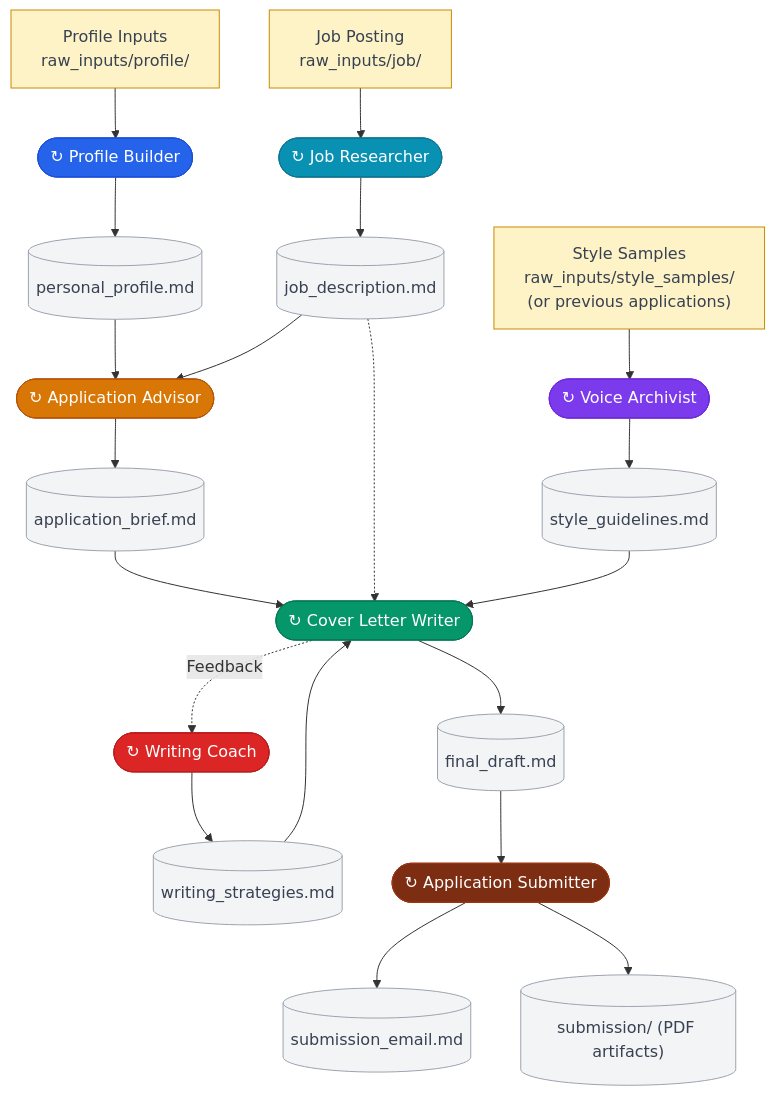
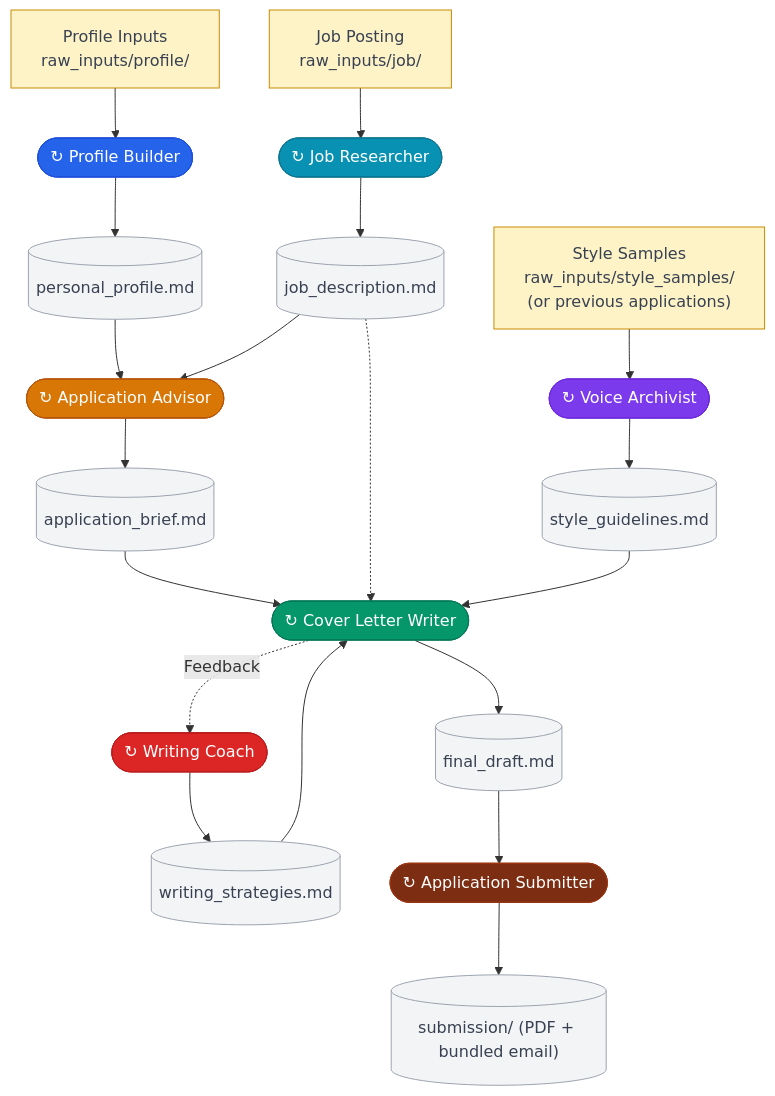
Before and after one commit to Fandy-ust/cover-letter-assistant: the first of 2 diagrams in README.md, drawn with Mermaid. The commit also changed other lines of this file and 8 other files, not shown here.

````diff
--- a/README.md
+++ b/README.md
@@ -66,45 +66,44 @@
 ```mermaid
 flowchart TD
     classDef pb  fill:#2563EB,stroke:#1D4ED8,color:#fff
     classDef se  fill:#7C3AED,stroke:#6D28D9,color:#fff
     classDef jr  fill:#0891B2,stroke:#0E7490,color:#fff
     classDef aa  fill:#D97706,stroke:#B45309,color:#fff
     classDef cw  fill:#059669,stroke:#047857,color:#fff
     classDef su  fill:#DC2626,stroke:#B91C1C,color:#fff
     classDef as  fill:#7C2D12,stroke:#9A3412,color:#fff
     classDef file  fill:#F3F4F6,stroke:#9CA3AF,color:#374151
     classDef input fill:#FEF3C7,stroke:#CA8A04,color:#374151
 
     %% One-time setup
     Personal["Profile Inputs<br>raw_inputs/profile/"]:::input --> PB
     PB(["↻  Profile Builder"]):::pb --> Profile[("personal_profile.md")]:::file
 
     Refs["Style Samples<br>raw_inputs/style_samples/<br>(or previous applications)"]:::input --> SE
     SE(["↻  Voice Archivist"]):::se --> StyleGuide[("style_guidelines.md")]:::file
     StyleHard[("writing_strategies.md")]:::file
 
     %% Job input & research
     JobInput["Job Posting<br>raw_inputs/job/"]:::input --> JR
     JR(["↻  Job Researcher"]):::jr --> JD[("job_description.md")]:::file
 
     %% Advisor Phase
     Profile --> AA
     JD --> AA
     AA(["↻  Application Advisor"]):::aa --> Brief[("application_brief.md")]:::file
 
     %% Writer Phase
     Brief --> CW
     JD -.-> CW
     StyleGuide --> CW
     StyleHard --> CW
     CW(["↻  Cover Letter Writer"]):::cw --> Draft[("final_draft.md")]:::file
 
     %% Submission Phase
     Draft --> AS
-    AS(["↻  Application Submitter"]):::as --> EmailDraft[("submission_email.md")]:::file
-    AS --> SubmissionDir[("submission/ (PDF artifacts)")]:::file
+    AS(["↻  Application Submitter"]):::as --> SubmissionDir[("submission/ (PDF + bundled email)")]:::file
 
     %% Style Feedback Loop
     CW -.->|"Feedback"| SU
     SU(["↻  Writing Coach"]):::su --> StyleHard
 ```
````
